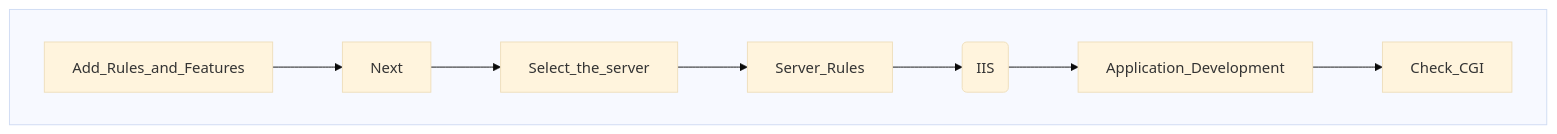
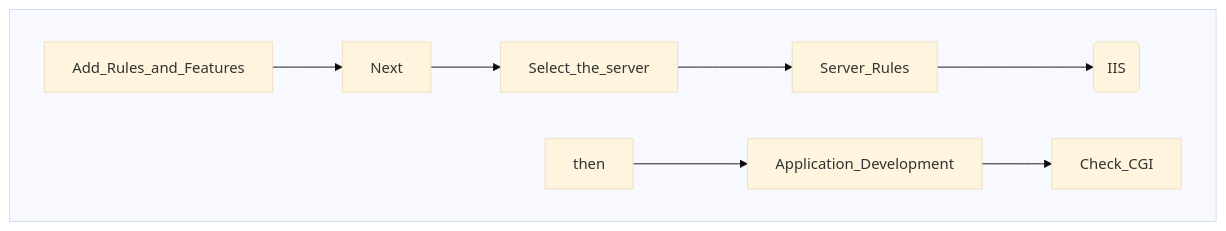
Before and after one commit to Kietpawpan/Apache: the second of 2 diagrams in README.md, drawn with Mermaid (base theme).

````diff
--- a/README.md
+++ b/README.md
@@ -34,9 +34,9 @@
 ```mermaid
 
 flowchart TD
 subgraph Z[" "]
 direction LR
     Add_Rules_and_Features-->Next-->Select_the_server-->Server_Rules-->Web_Server(IIS);
-    Web_Server-->Application_Development-->Check_CGI;
+    then-->Application_Development-->Check_CGI;
 end
 ```
````
